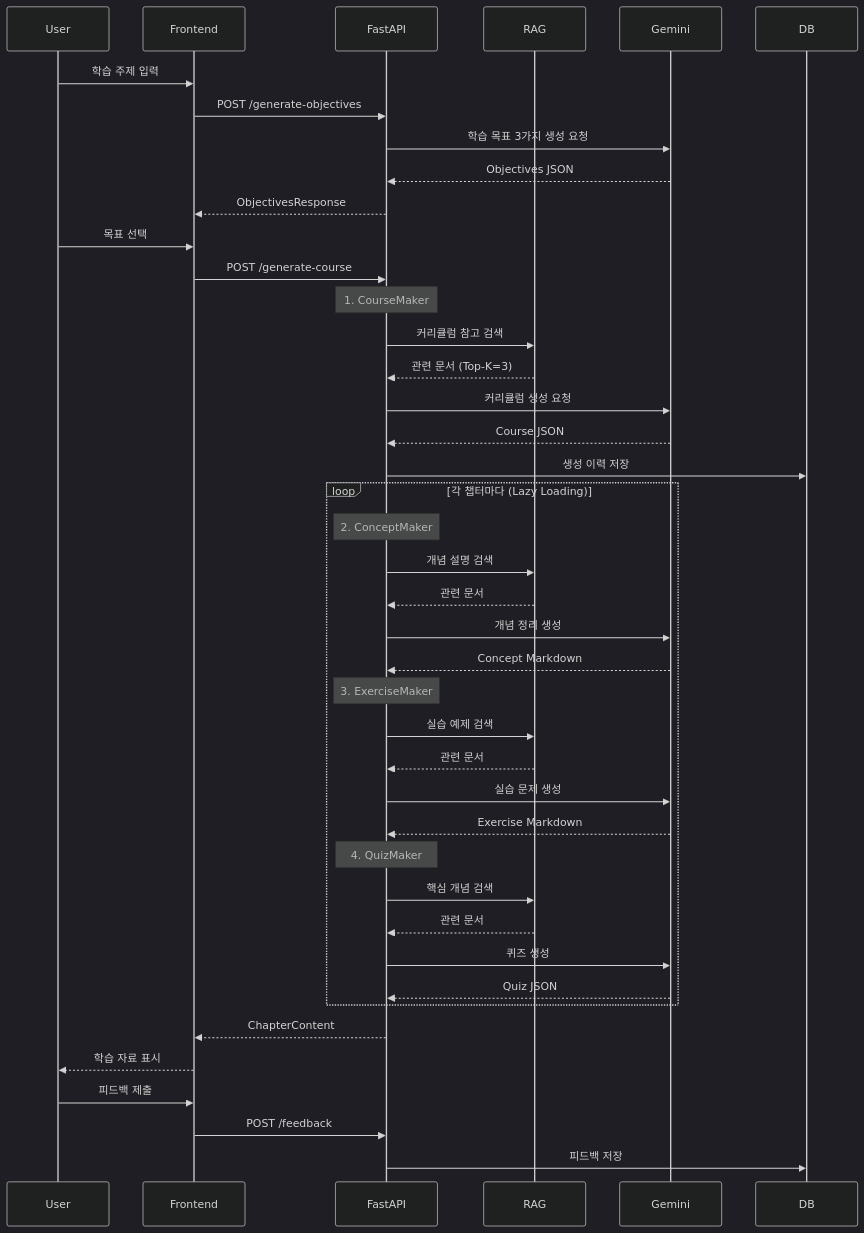
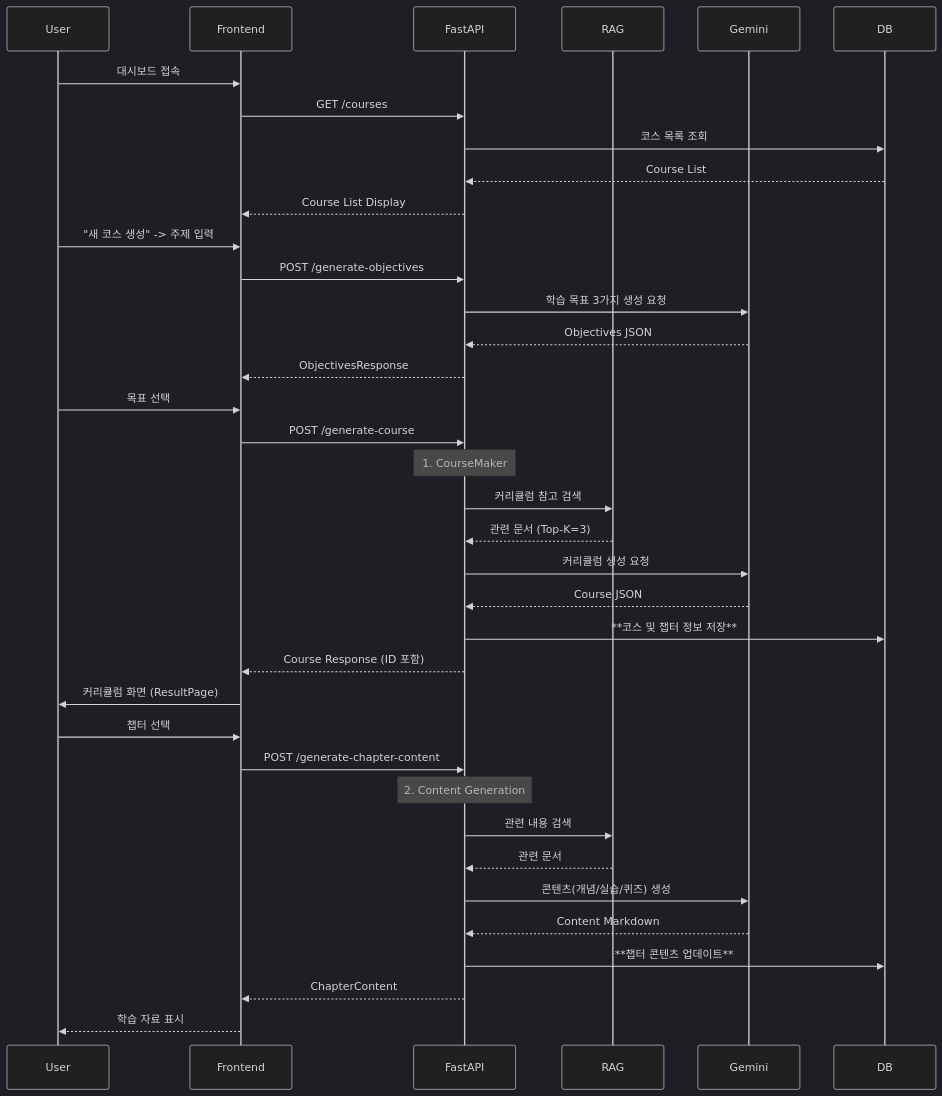
The second of 3 diagrams in plans/pop_pins_ii_architecture.md (I-nkamanda/poppins), drawn with Mermaid (dark theme) before and after one commit. The commit also changed other lines of this file and 40 other files, not shown here.

````diff
--- a/plans/pop_pins_ii_architecture.md
+++ b/plans/pop_pins_ii_architecture.md
@@ -223,52 +228,47 @@
 ```mermaid
 sequenceDiagram
     participant User
     participant Frontend
     participant FastAPI
     participant RAG
     participant Gemini
     participant DB
     
-    User->>Frontend: 학습 주제 입력
+    User->>Frontend: 대시보드 접속
+    Frontend->>FastAPI: GET /courses
+    FastAPI->>DB: 코스 목록 조회
+    DB-->>FastAPI: Course List
+    FastAPI-->>Frontend: Course List Display
+    
+    User->>Frontend: "새 코스 생성" -> 주제 입력
     Frontend->>FastAPI: POST /generate-objectives
     FastAPI->>Gemini: 학습 목표 3가지 생성 요청
     Gemini-->>FastAPI: Objectives JSON
     FastAPI-->>Frontend: ObjectivesResponse
     
     User->>Frontend: 목표 선택
     Frontend->>FastAPI: POST /generate-course
     
     Note over FastAPI: 1. CourseMaker
     FastAPI->>RAG: 커리큘럼 참고 검색
     RAG-->>FastAPI: 관련 문서 (Top-K=3)
     FastAPI->>Gemini: 커리큘럼 생성 요청
     Gemini-->>FastAPI: Course JSON
-    FastAPI->>DB: 생성 이력 저장
+    FastAPI->>DB: **코스 및 챕터 정보 저장**
+    FastAPI-->>Frontend: Course Response (ID 포함)
     
-    loop 각 챕터마다 (Lazy Loading)
-        Note over FastAPI: 2. ConceptMaker
-        FastAPI->>RAG: 개념 설명 검색
-        RAG-->>FastAPI: 관련 문서
-        FastAPI->>Gemini: 개념 정리 생성
-        Gemini-->>FastAPI: Concept Markdown
-        
-        Note over FastAPI: 3. ExerciseMaker
-        FastAPI->>RAG: 실습 예제 검색
-        RAG-->>FastAPI: 관련 문서
-        FastAPI->>Gemini: 실습 문제 생성
-        Gemini-->>FastAPI: Exercise Markdown
-        
-        Note over FastAPI: 4. QuizMaker
-        FastAPI->>RAG: 핵심 개념 검색
-        RAG-->>FastAPI: 관련 문서
-        FastAPI->>Gemini: 퀴즈 생성
-        Gemini-->>FastAPI: Quiz JSON
-    end
+    Frontend->>User: 커리큘럼 화면 (ResultPage)
+    
+    User->>Frontend: 챕터 선택
+    Frontend->>FastAPI: POST /generate-chapter-content
+    
+    Note over FastAPI: 2. Content Generation
+    FastAPI->>RAG: 관련 내용 검색
+    RAG-->>FastAPI: 관련 문서
+    FastAPI->>Gemini: 콘텐츠(개념/실습/퀴즈) 생성
+    Gemini-->>FastAPI: Content Markdown
+    FastAPI->>DB: **챕터 콘텐츠 업데이트**
     
     FastAPI-->>Frontend: ChapterContent
     Frontend-->>User: 학습 자료 표시
-    
-    User->>Frontend: 피드백 제출
-    Frontend->>FastAPI: POST /feedback
-    FastAPI->>DB: 피드백 저장
 ```
````
